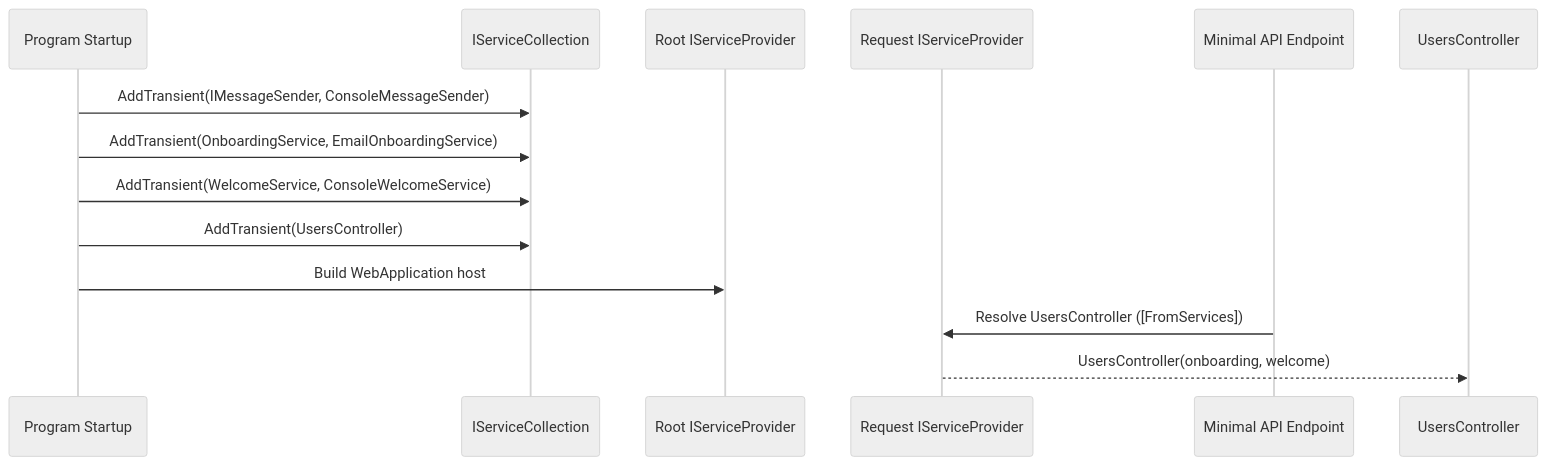
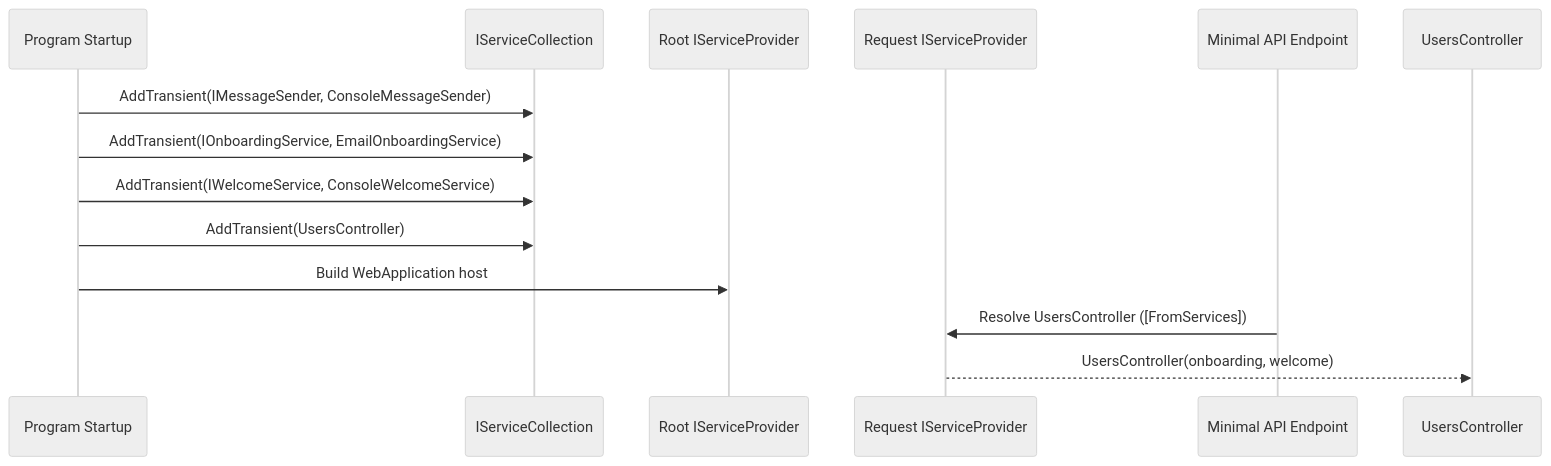
Before and after one commit to jeff-adkisson/swe-4743-spring-2026-oo-design: diagram 17 of 22 in presentations/10-dependency-injection.md, drawn with Mermaid (neutral theme). The commit also changed other lines of this file, not shown here.

````diff
--- a/presentations/10-dependency-injection.md
+++ b/presentations/10-dependency-injection.md
@@ -1088,17 +1088,17 @@
 ```mermaid
 sequenceDiagram
 participant Startup as Program Startup
 participant Services as IServiceCollection
 participant Root as Root IServiceProvider
 participant Scope as Request IServiceProvider
 participant Endpoint as Minimal API Endpoint
 participant Ctrl as UsersController
 
 Startup->>Services: AddTransient(IMessageSender, ConsoleMessageSender)
-Startup->>Services: AddTransient(OnboardingService, EmailOnboardingService)
-Startup->>Services: AddTransient(WelcomeService, ConsoleWelcomeService)
+Startup->>Services: AddTransient(IOnboardingService, EmailOnboardingService)
+Startup->>Services: AddTransient(IWelcomeService, ConsoleWelcomeService)
 Startup->>Services: AddTransient(UsersController)
 Startup->>Root: Build WebApplication host
 Endpoint->>Scope: Resolve UsersController ([FromServices])
 Scope-->>Ctrl: UsersController(onboarding, welcome)
 ```
````
